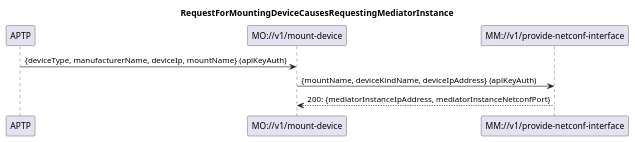
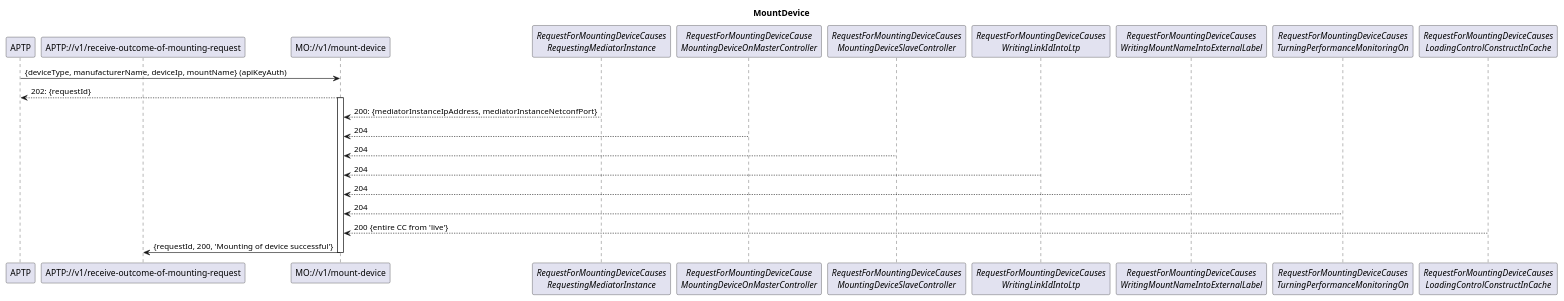
Before and after one commit to openBackhaul/MountingOrchestrator: the diagram in spec/diagrams/MountDevice/MountDevice.plantuml, drawn with PlantUML. The commit also changed 1 other file, not shown here.

Commit message:
Update diagrams

```diff
--- a/spec/diagrams/MountDevice/MountDevice.plantuml
+++ b/spec/diagrams/MountDevice/MountDevice.plantuml
@@ -1,21 +1,36 @@
-@startuml 001_RequestingMediator
+@startuml MountDevice
 skinparam responseMessageBelowArrow true
 
 title
-RequestForMountingDeviceCausesRequestingMediatorInstance
+MountDevice
 end title
 
 participant "APTP" as APTP
+participant "APTP://v1/receive-outcome-of-mounting-request" as APTP_receive
 participant "MO://v1/mount-device" as MO
-participant "MM://v1/provide-netconf-interface" as MM 
-
+participant "<i>RequestForMountingDeviceCauses\n<i>RequestingMediatorInstance</i>" as MM
+participant "<i>RequestForMountingDeviceCause\n<i>MountingDeviceOnMasterController</i>" as ODLM 
+participant "<i>RequestForMountingDeviceCauses\n<i>MountingDeviceSlaveController</i>" as ODLS
+participant "<i>RequestForMountingDeviceCauses\n<i>WritingLinkIdIntoLtp</i>" as LinkId
+participant "<i>RequestForMountingDeviceCauses\n<i>WritingMountNameIntoExternalLabel</i>" as ExternalLabel
+participant "<i>RequestForMountingDeviceCauses\n<i>TurningPerformanceMonitoringOn</i>" as PmOn
+participant "<i>RequestForMountingDeviceCauses\n<i>LoadingControlConstructInCache</i>" as MWDI
 
 APTP -> MO: {deviceType, manufacturerName, deviceIp, mountName} (apiKeyAuth)
+MO --> APTP: 202: {requestId}
 
-MO -> MM: {mountName, deviceKindName, deviceIpAddress} (apiKeyAuth)
+activate MO
 
 MM --> MO: 200: {mediatorInstanceIpAddress, mediatorInstanceNetconfPort}
+ODLM --> MO: 204
+ODLS --> MO: 204
+LinkId --> MO: 204
+ExternalLabel --> MO: 204
+PmOn --> MO: 204
+MWDI --> MO: 200 {entire CC from 'live'}
+
+MO -> APTP_receive: {requestId, 200, 'Mounting of device successful'}
 
 deactivate MO
 
 @enduml
```
